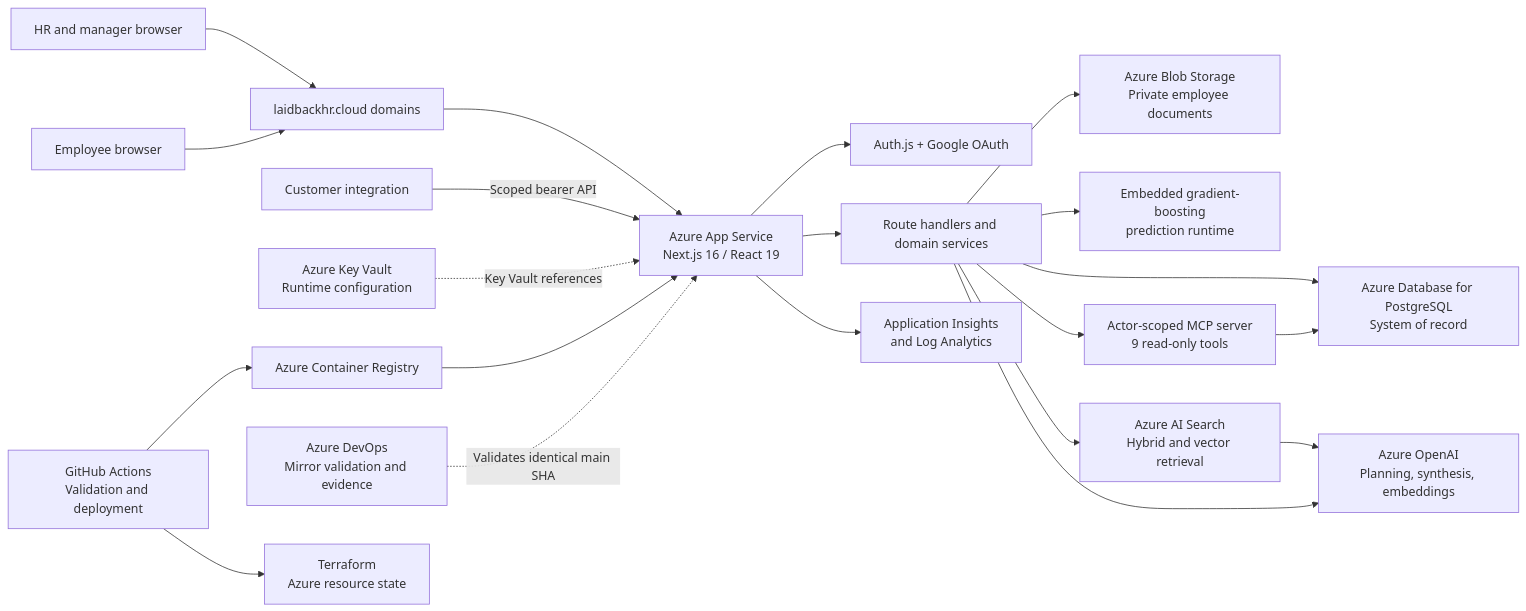
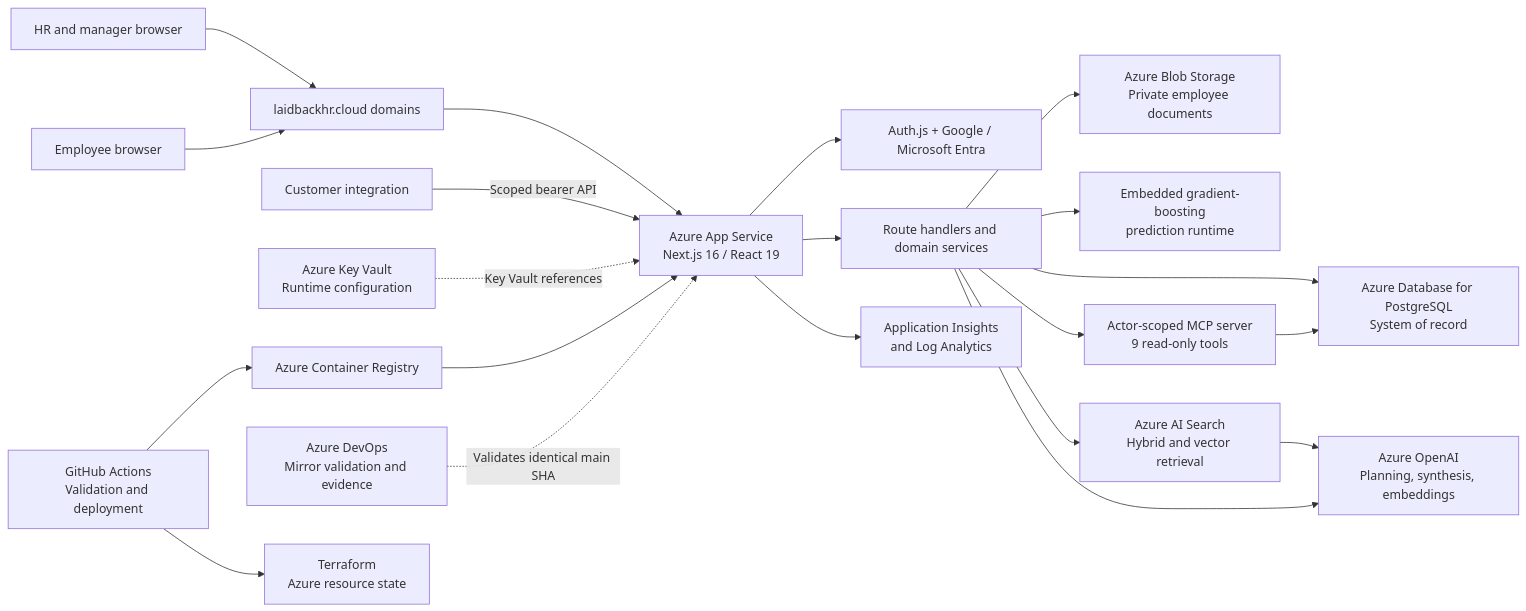
The first of 3 diagrams in README.md (pranavreddyg17/HR-Analytics-Dashboard), drawn with Mermaid before and after one commit. The commit also changed other lines of this file and 1 other file, not shown here.

````diff
--- a/README.md
+++ b/README.md
@@ -71,41 +73,41 @@
 ```mermaid
 flowchart LR
     HR["HR and manager browser"]
     Employee["Employee browser"]
     Integrator["Customer integration"]
     DNS["laidbackhr.cloud domains"]
     Web["Azure App Service\nNext.js 16 / React 19"]
-    Auth["Auth.js + Google OAuth"]
+    Auth["Auth.js + Google / Microsoft Entra"]
     API["Route handlers and domain services"]
     PG["Azure Database for PostgreSQL\nSystem of record"]
     Blob["Azure Blob Storage\nPrivate employee documents"]
     Model["Embedded gradient-boosting\nprediction runtime"]
     MCP["Actor-scoped MCP server\n9 read-only tools"]
     Search["Azure AI Search\nHybrid and vector retrieval"]
     OpenAI["Azure OpenAI\nPlanning, synthesis, embeddings"]
     KV["Azure Key Vault\nRuntime configuration"]
     Monitor["Application Insights\nand Log Analytics"]
     ACR["Azure Container Registry"]
     GitHub["GitHub Actions\nValidation and deployment"]
     AzDO["Azure DevOps\nMirror validation and evidence"]
     TF["Terraform\nAzure resource state"]
 
     HR --> DNS --> Web
     Employee --> DNS
     Integrator -->|"Scoped bearer API"| Web
     Web --> Auth
     Web --> API
     API --> PG
     API --> Blob
     API --> Model
     API --> MCP
     MCP --> PG
     API --> Search
     Search --> OpenAI
     API --> OpenAI
     KV -. "Key Vault references" .-> Web
     Web --> Monitor
     GitHub --> ACR --> Web
     GitHub --> TF
     AzDO -. "Validates identical main SHA" .-> Web
 ```
````
